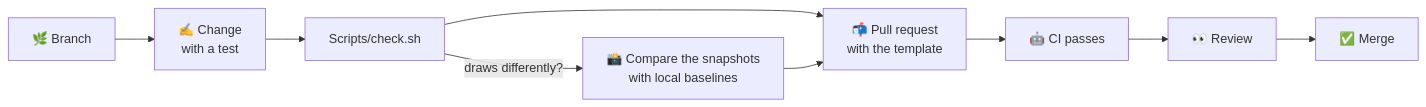
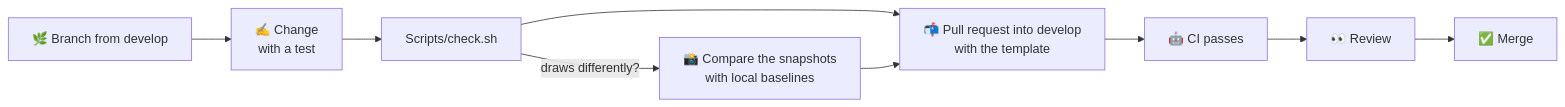
One commit to qeetgroup/qeetrix-ios changed the first of 4 diagrams in CONTRIBUTING.md. Above: the diagram before and after it, drawn with Mermaid. The commit also changed other lines of this file and 2 other files, not shown here.

Commit message:
ci: main takes develop only
Feature branches open their pull requests into develop, and only develop goes into main. Main
takes develop is a check main requires: a pull request into main from any other branch, a fork
or Dependabot fails it. The Version workflow starts it, with CI, on the commit it bumps, which a
workflow's own push leaves without results. The contributing docs say so.

````diff
--- a/CONTRIBUTING.md
+++ b/CONTRIBUTING.md
@@ -20,11 +20,11 @@
 ```mermaid
 flowchart LR
-    A["🌿 Branch"] --> B["✍️ Change<br/>with a test"]
+    A["🌿 Branch from develop"] --> B["✍️ Change<br/>with a test"]
     B --> C["Scripts/check.sh"]
     C -- "draws differently?" --> D["📸 Compare the snapshots<br/>with local baselines"]
-    C --> E["📬 Pull request<br/>with the template"]
+    C --> E["📬 Pull request into develop<br/>with the template"]
     D --> E
     E --> F["🤖 CI passes"]
     F --> G["👀 Review"]
     G --> H["✅ Merge"]
 ```
````
